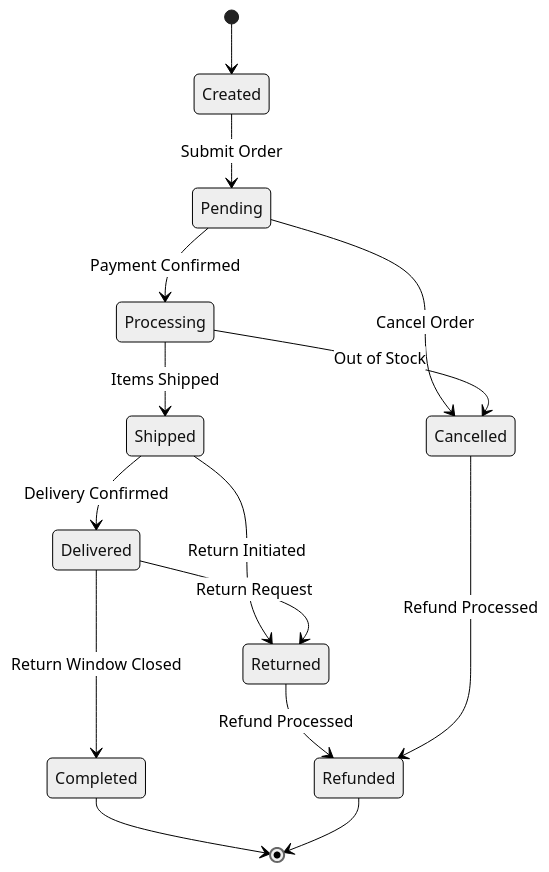
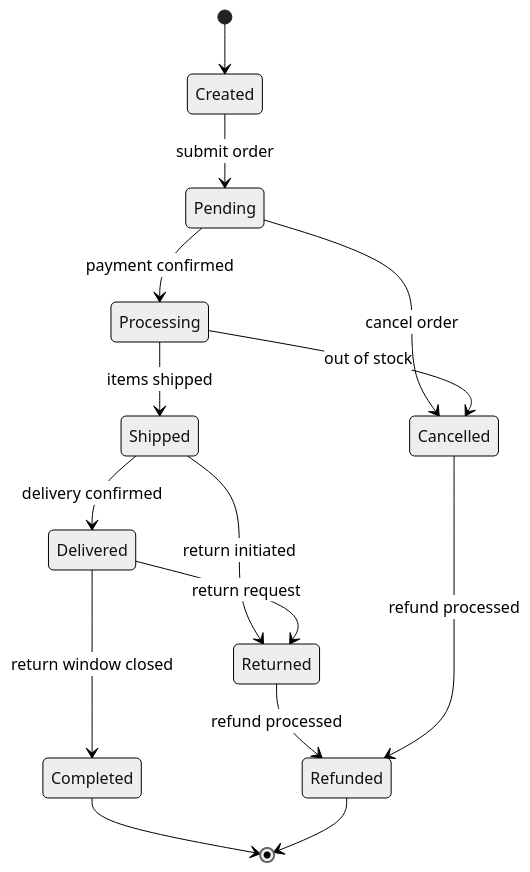
Diagram 16 of 19 in mastery-of-mermaid/references/common-patterns.md (flatrick/agent-skills), drawn with Mermaid (neutral theme) before and after one commit. The commit also changed other lines of this file and 10 other files, not shown here.

````diff
--- a/mastery-of-mermaid/references/common-patterns.md
+++ b/mastery-of-mermaid/references/common-patterns.md
@@ -400,22 +508,22 @@
 ```mermaid
 stateDiagram-v2
     [*] --> Created
-    Created --> Pending : Submit Order
-    Pending --> Processing : Payment Confirmed
-    Pending --> Cancelled : Cancel Order
+    Created --> Pending : submit order
+    Pending --> Processing : payment confirmed
+    Pending --> Cancelled : cancel order
 
-    Processing --> Shipped : Items Shipped
-    Processing --> Cancelled : Out of Stock
+    Processing --> Shipped : items shipped
+    Processing --> Cancelled : out of stock
 
-    Shipped --> Delivered : Delivery Confirmed
-    Shipped --> Returned : Return Initiated
+    Shipped --> Delivered : delivery confirmed
+    Shipped --> Returned : return initiated
 
-    Delivered --> Returned : Return Request
-    Delivered --> Completed : Return Window Closed
+    Delivered --> Returned : return request
+    Delivered --> Completed : return window closed
 
-    Returned --> Refunded : Refund Processed
-    Cancelled --> Refunded : Refund Processed
+    Returned --> Refunded : refund processed
+    Cancelled --> Refunded : refund processed
 
     Completed --> [*]
     Refunded --> [*]
 ```
````
